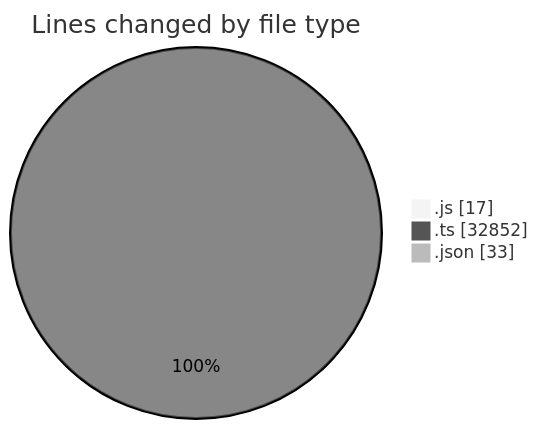
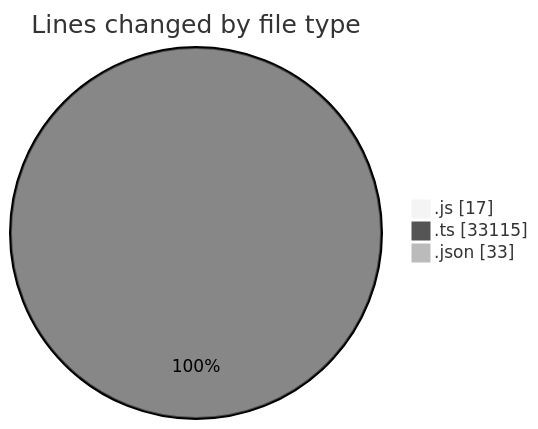
One commit to momahboobian/code-tracking changed the first of 2 diagrams in 2026-07-27/cda/README.md. Above: the diagram before and after it, drawn with Mermaid (neutral theme). The commit also changed other lines of this file and 1 other file, not shown here.

````diff
--- a/2026-07-27/cda/README.md
+++ b/2026-07-27/cda/README.md
@@ -30,7 +30,7 @@
 ```mermaid
 pie showData
 title Lines changed by file type
 ".js" : 17
-".ts" : 32852
+".ts" : 33115
 ".json" : 33
 ```
````
